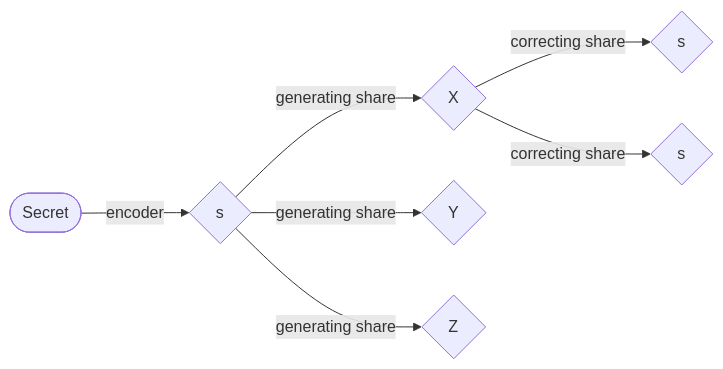
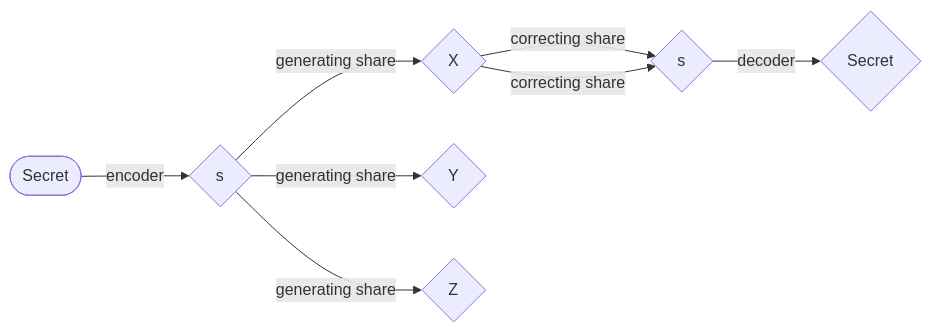
One commit to h28a3/Secret-Sharing changed the diagram in README.md. Above: the diagram before and after it, drawn with Mermaid.

````diff
--- a/README.md
+++ b/README.md
@@ -27,9 +27,10 @@
 ```mermaid
 graph LR
   Start([Secret])-->|encoder|A{s}
   A-->|generating share|B{X}
   A-->|generating share|C{Y}
   A-->|generating share|D{Z}
   B-->|correcting share|E{s}
-  B-->|correcting share|F{s}
+  B-->|correcting share|E{s}
+  E-->|decoder|F{Secret}
 ```
````
